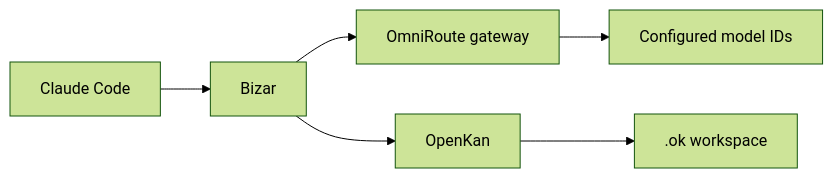
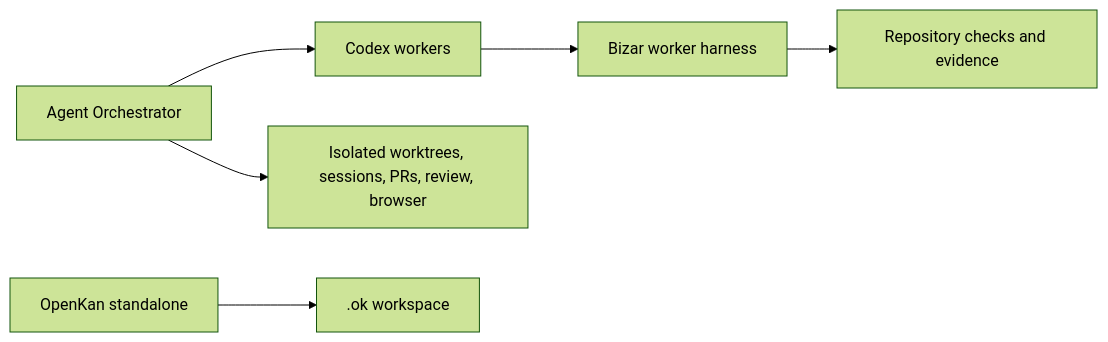
Before and after one commit to PolderLabsVOF/BizarHarness: the first of 4 diagrams in README.md, drawn with Mermaid (forest theme). The commit also changed other lines of this file and 22 other files, not shown here.

Commit message:
chore(release): 10.30.0 — Agent Orchestrator primary

````diff
--- a/README.md
+++ b/README.md
@@ -57,8 +55,8 @@
 ```mermaid
 flowchart LR
-    CC[Claude Code] --> B[Bizar]
-    B --> OR[OmniRoute gateway]
-    OR --> M[Configured model IDs]
-    B --> OK[OpenKan]
-    OK --> S[.ok workspace]
+    AO[Agent Orchestrator] --> C[Codex workers]
+    AO --> W[Isolated worktrees, sessions, PRs, review, browser]
+    C --> B[Bizar worker harness]
+    B --> V[Repository checks and evidence]
+    OK[OpenKan standalone] --> S[.ok workspace]
 ```
````
